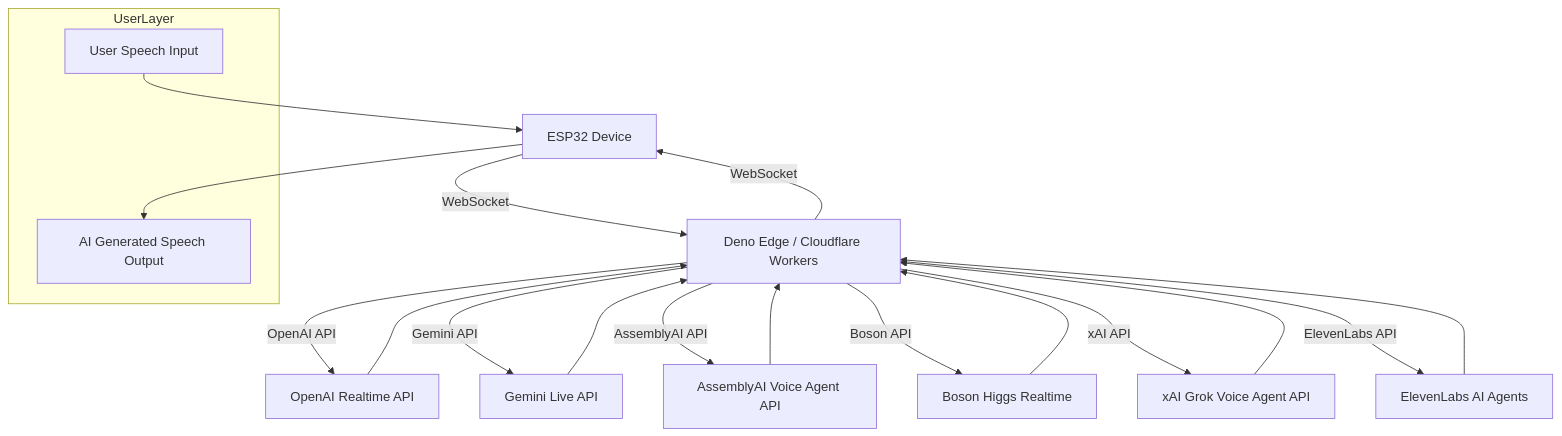
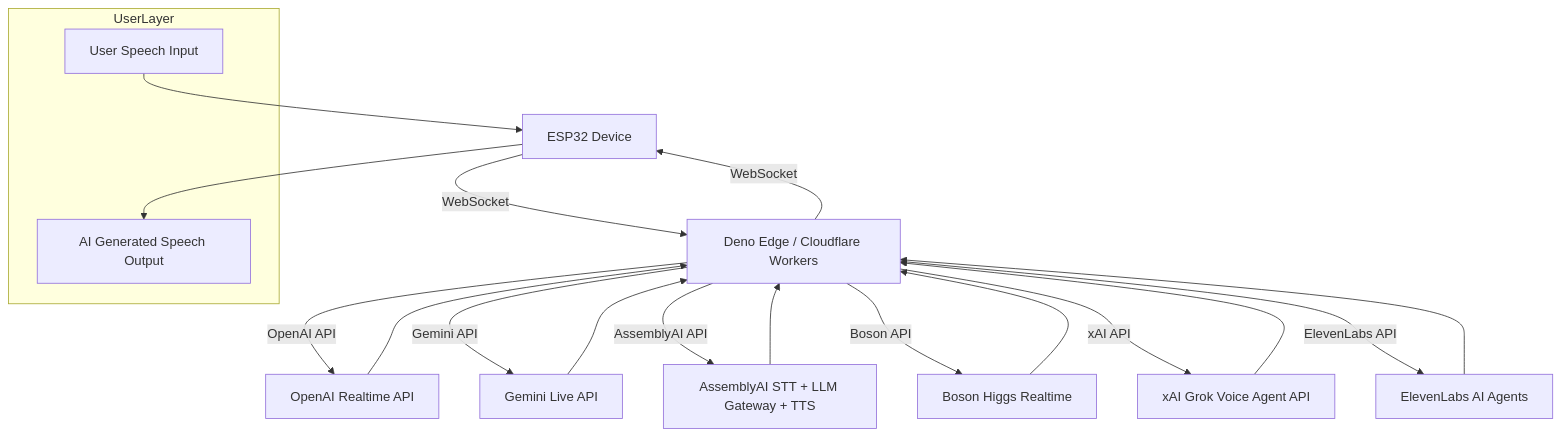
Before and after one commit to akdeb/ElatoAI: the first of 2 diagrams in README.md, drawn with Mermaid. The commit also changed other lines of this file and 37 other files, not shown here.

````diff
--- a/README.md
+++ b/README.md
@@ -134,24 +139,24 @@
 ```mermaid
 flowchart TD
   subgraph UserLayer
     UserInput[User Speech Input]
     UserOutput[AI Generated Speech Output]
   end
   
   UserInput --> ESP32
   ESP32[ESP32 Device] -->|WebSocket| Edge[Deno Edge / Cloudflare Workers]
   Edge -->|OpenAI API| OpenAI[OpenAI Realtime API]
   Edge -->|Gemini API| Gemini[Gemini Live API]
-  Edge -->|AssemblyAI API| AssemblyAI[AssemblyAI Voice Agent API]
+  Edge -->|AssemblyAI API| AssemblyAI[AssemblyAI STT + LLM Gateway + TTS]
   Edge -->|Boson API| Boson[Boson Higgs Realtime]
   Edge -->|xAI API| xAI[xAI Grok Voice Agent API]
   Edge -->|ElevenLabs API| ElevenLabs[ElevenLabs AI Agents]
   OpenAI --> Edge
   Gemini --> Edge
   AssemblyAI --> Edge
   Boson --> Edge
   xAI --> Edge
   ElevenLabs --> Edge
   Edge -->|WebSocket| ESP32
   ESP32 --> UserOutput
 ```
````
